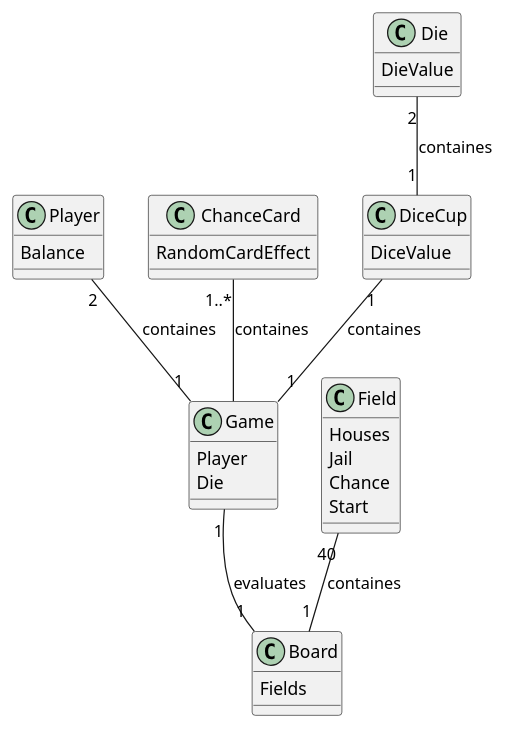
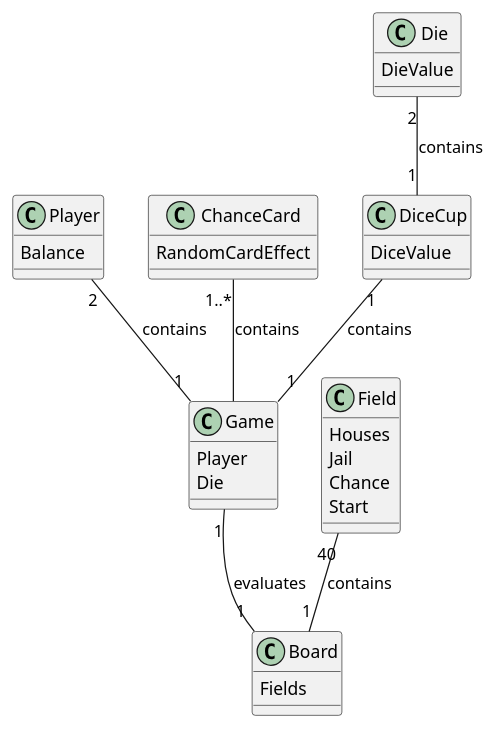
Before and after one commit to SkumJustEatMe/G05_del3: the diagram in src/models/AnalyseKlasseDiagram.puml, drawn with PlantUML. The commit also changed 1 other file, not shown here.

Commit message:
added systemSekvensDiagram

```diff
--- a/src/models/AnalyseKlasseDiagram.puml
+++ b/src/models/AnalyseKlasseDiagram.puml
@@ -1,48 +1,48 @@
 @startuml
 'https://plantuml.com/class-diagram
 skinparam classAttributeIconSize 0
 
 class Player{
 Balance
 
 
 }
 class Game{
 Player
 Die
 
 }
 class Die{
 DieValue
 }
 class Board{
 Fields
 }
 
 class ChanceCard{
 RandomCardEffect
 }
 
 class DiceCup{
 DiceValue
 }
 
 class Field{
 Houses
 Jail
 Chance
 Start
 }
 
 
 
-DiceCup "1"--"1" Game : containes
-Die "2" -- "1" DiceCup : containes
+DiceCup "1"--"1" Game : contains
+Die "2" -- "1" DiceCup : contains
 Game"1"--"1" Board : evaluates
-Player "2"--"1" Game : containes
-ChanceCard "1..*" -- Game : containes
-Field "40" -- "1" Board : containes
+Player "2"--"1" Game : contains
+ChanceCard "1..*" -- Game : contains
+Field "40" -- "1" Board : contains
 
 
 
 @enduml
```
